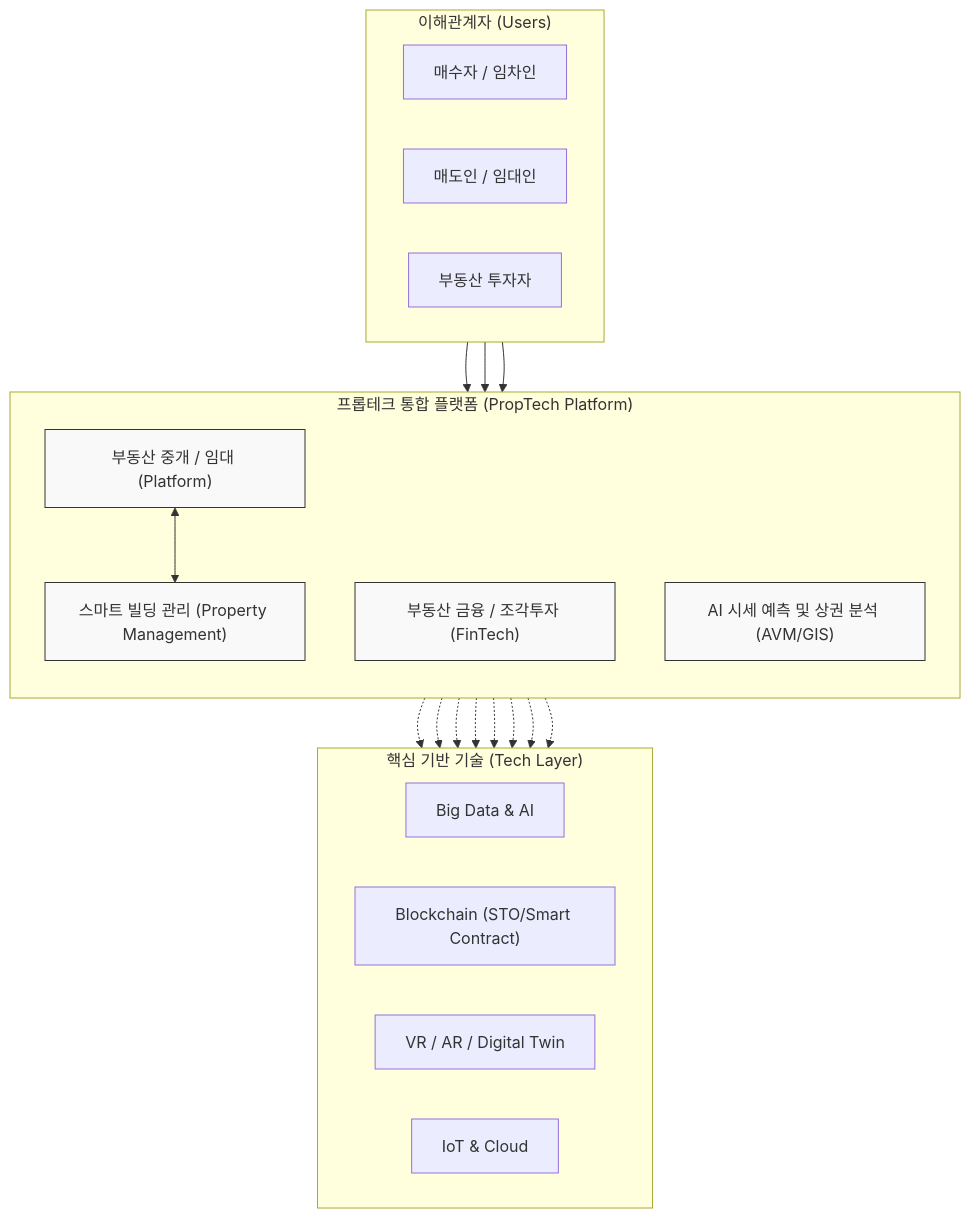
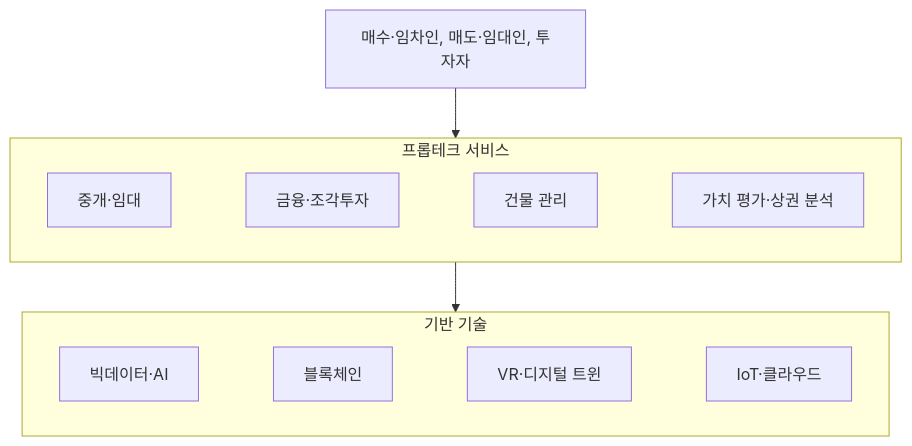
Before and after one commit to supremethumb/supremethumb.github.io: the diagram in content/01_IT Tech/프롭테크.md, drawn with Mermaid. The commit also changed other lines of this file and 1087 other files, not shown here.

````diff
--- a/content/01_IT Tech/프롭테크.md
+++ b/content/01_IT Tech/프롭테크.md
@@ -31,40 +34,13 @@
 ```mermaid
-flowchart TD
-    subgraph "이해관계자 (Users)"
+flowchart TB
+    U["매수·임차인, 매도·임대인, 투자자"] --> S
+    subgraph S["프롭테크 서비스"]
         direction LR
-        Buyer["매수자 / 임차인"]
-        Seller["매도인 / 임대인"]
-        Investor["부동산 투자자"]
+        B["중개·임대"] ~~~ F["금융·조각투자"] ~~~ M["건물 관리"] ~~~ V["가치 평가·상권 분석"]
     end
-    
-    subgraph "프롭테크 통합 플랫폼 (PropTech Platform)"
-        direction TB
-        Brokerage["부동산 중개 / 임대 (Platform)"]
-        FinTech["부동산 금융 / 조각투자 (FinTech)"]
-        Management["스마트 빌딩 관리 (Property Management)"]
-        Valuation["AI 시세 예측 및 상권 분석 (AVM/GIS)"]
+    S --> T
+    subgraph T["기반 기술"]
+        direction LR
+        D["빅데이터·AI"] ~~~ BC["블록체인"] ~~~ XR["VR·디지털 트윈"] ~~~ I["IoT·클라우드"]
     end
-    
-    subgraph "핵심 기반 기술 (Tech Layer)"
-        direction LR
-        Data["Big Data & AI"]
-        Block["Blockchain (STO/Smart Contract)"]
-        VR["VR / AR / Digital Twin"]
-        IoT["IoT & Cloud"]
-    end
-    
-    Buyer --> Brokerage
-    Seller --> Valuation
-    Investor --> FinTech
-    Brokerage <--> Management
-    
-    Brokerage -.-> Data & VR
-    FinTech -.-> Block & Data
-    Management -.-> IoT & Data
-    Valuation -.-> Data & IoT
-    
-    %% 스타일링
-    classDef layer fill:#f9f9f9,stroke:#333,stroke-width:1px;
-    class Brokerage,FinTech,Management,Valuation layer;
-
 ```
````
